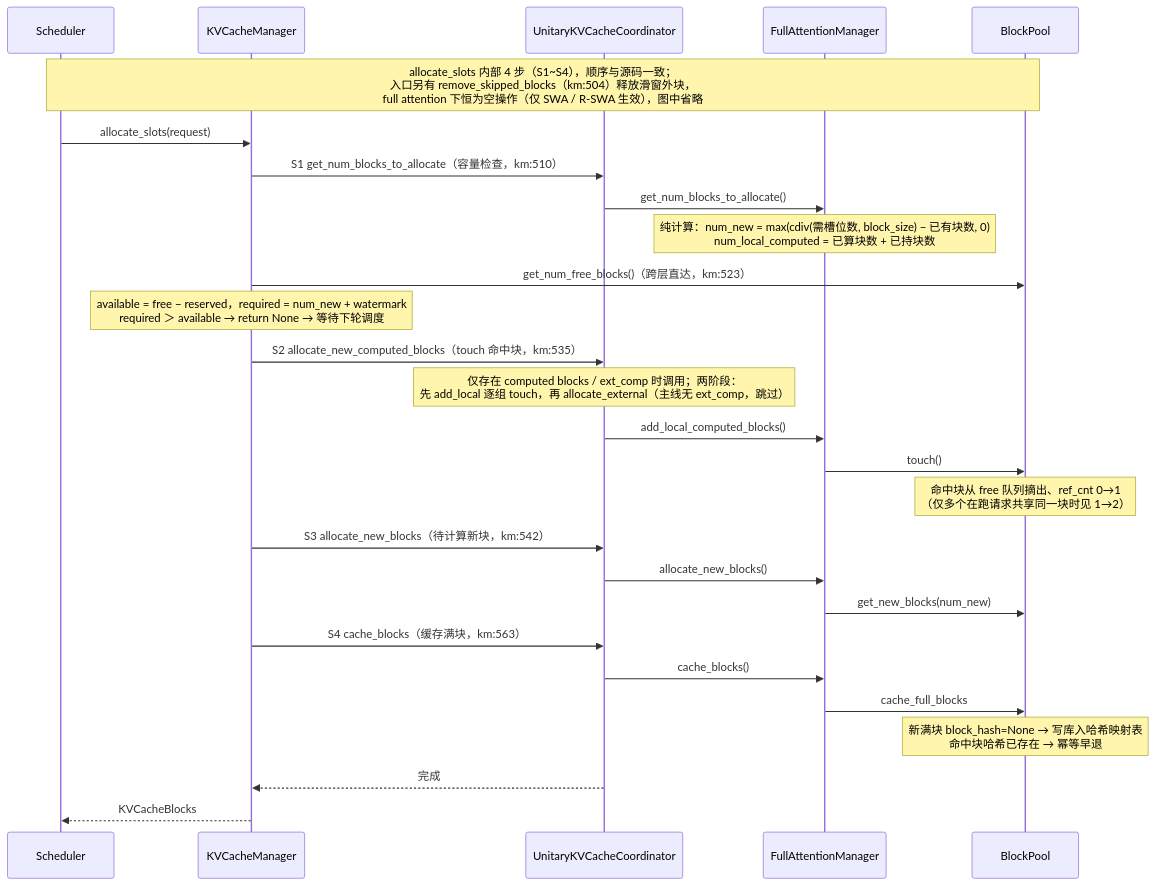
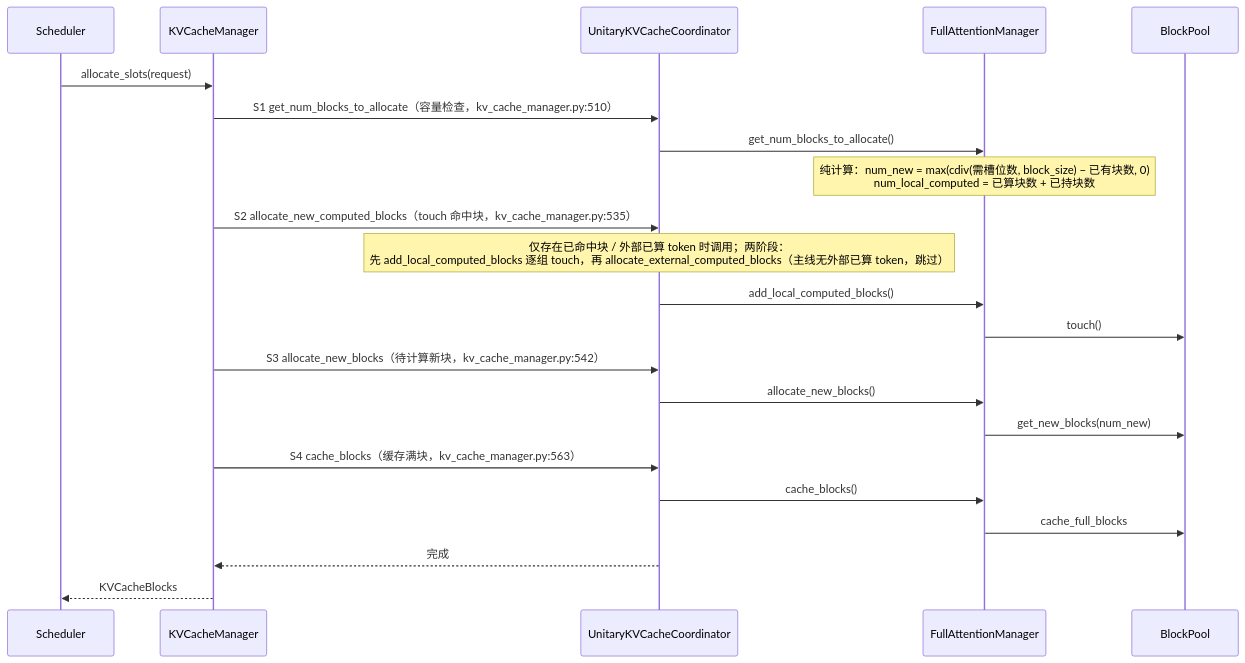
One commit to GoCHug/vllm changed the fifth of 8 diagrams in vllm/v1/core/kvcache_docs/0_end_to_end_sequence.md. Above: the diagram before and after it, drawn with Mermaid. The commit also changed other lines of this file, not shown here.

````diff
--- a/vllm/v1/core/kvcache_docs/0_end_to_end_sequence.md
+++ b/vllm/v1/core/kvcache_docs/0_end_to_end_sequence.md
@@ -304,30 +306,25 @@
 ```mermaid
 %%{init: {"themeVariables": {"actorFontSize": "11px", "messageFontSize": "11px", "noteFontSize": "11px"}, "sequence": {"actorMargin": 40, "messageMargin": 16, "noteMargin": 8, "boxMargin": 8, "mirrorActors": true}}}%%
 sequenceDiagram
     participant Scheduler
     participant KVCacheManager
     participant UnitaryKVCacheCoordinator
     participant FullAttentionManager
     participant BlockPool
-    Note over Scheduler,BlockPool: allocate_slots 内部 4 步（S1~S4），顺序与源码一致；<br/>入口另有 remove_skipped_blocks（km:504）释放滑窗外块，<br/>full attention 下恒为空操作（仅 SWA / R-SWA 生效），图中省略
     Scheduler->>KVCacheManager: allocate_slots(request)
-    KVCacheManager->>UnitaryKVCacheCoordinator: S1 get_num_blocks_to_allocate（容量检查，km:510）
+    KVCacheManager->>UnitaryKVCacheCoordinator: S1 get_num_blocks_to_allocate（容量检查，kv_cache_manager.py:510）
     UnitaryKVCacheCoordinator->>FullAttentionManager: get_num_blocks_to_allocate()
     Note over FullAttentionManager: 纯计算：num_new = max(cdiv(需槽位数, block_size) − 已有块数, 0)<br/>num_local_computed = 已算块数 + 已持块数
-    KVCacheManager->>BlockPool: get_num_free_blocks()（跨层直达，km:523）
-    Note over KVCacheManager: available = free − reserved，required = num_new + watermark<br/>required ＞ available → return None → 等待下轮调度
-    KVCacheManager->>UnitaryKVCacheCoordinator: S2 allocate_new_computed_blocks（touch 命中块，km:535）
-    Note over UnitaryKVCacheCoordinator: 仅存在 computed blocks / ext_comp 时调用；两阶段：<br/>先 add_local 逐组 touch，再 allocate_external（主线无 ext_comp，跳过）
+    KVCacheManager->>UnitaryKVCacheCoordinator: S2 allocate_new_computed_blocks（touch 命中块，kv_cache_manager.py:535）
+    Note over UnitaryKVCacheCoordinator: 仅存在已命中块 / 外部已算 token 时调用；两阶段：<br/>先 add_local_computed_blocks 逐组 touch，再 allocate_external_computed_blocks（主线无外部已算 token，跳过）
     UnitaryKVCacheCoordinator->>FullAttentionManager: add_local_computed_blocks()
     FullAttentionManager->>BlockPool: touch()
-    Note over BlockPool: 命中块从 free 队列摘出、ref_cnt 0→1<br/>（仅多个在跑请求共享同一块时见 1→2）
-    KVCacheManager->>UnitaryKVCacheCoordinator: S3 allocate_new_blocks（待计算新块，km:542）
+    KVCacheManager->>UnitaryKVCacheCoordinator: S3 allocate_new_blocks（待计算新块，kv_cache_manager.py:542）
     UnitaryKVCacheCoordinator->>FullAttentionManager: allocate_new_blocks()
     FullAttentionManager->>BlockPool: get_new_blocks(num_new)
-    KVCacheManager->>UnitaryKVCacheCoordinator: S4 cache_blocks（缓存满块，km:563）
+    KVCacheManager->>UnitaryKVCacheCoordinator: S4 cache_blocks（缓存满块，kv_cache_manager.py:563）
     UnitaryKVCacheCoordinator->>FullAttentionManager: cache_blocks()
     FullAttentionManager->>BlockPool: cache_full_blocks
-    Note over BlockPool: 新满块 block_hash=None → 写库入哈希映射表<br/>命中块哈希已存在 → 幂等早退
     UnitaryKVCacheCoordinator-->>KVCacheManager: 完成
     KVCacheManager-->>Scheduler: KVCacheBlocks
 ```
````
